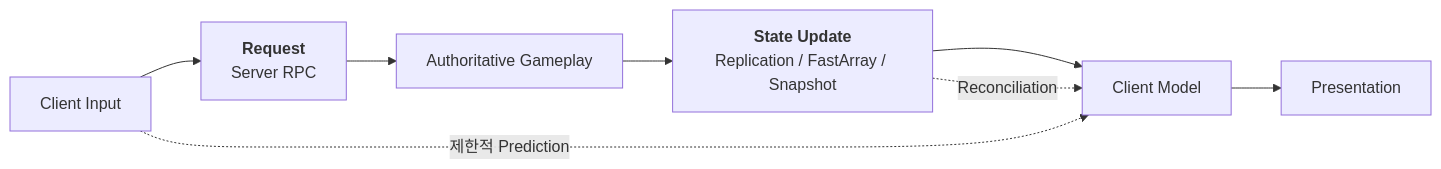
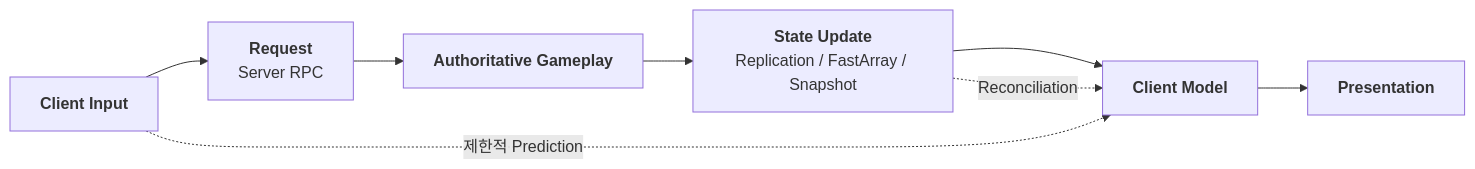
Before and after one commit to chungheonLee0325/Sonheim: the diagram in Doc/Wiki/12_Multiplayer_Synchronization.md, drawn with Mermaid.

Commit message:
docs: standardize mermaid node hierarchy

```diff
--- a/Doc/Wiki/12_Multiplayer_Synchronization.md
+++ b/Doc/Wiki/12_Multiplayer_Synchronization.md
@@ -17,18 +17,18 @@
 ~~~mermaid
 flowchart LR
-    INPUT["Client Input"]
+    INPUT["<b>Client Input</b>"]
     REQUEST["<b>Request</b><br/>Server RPC"]
-    AUTH["Authoritative Gameplay"]
+    AUTH["<b>Authoritative Gameplay</b>"]
     STATE["<b>State Update</b><br/>Replication / FastArray / Snapshot"]
-    LOCAL["Client Model"]
-    VIEW["Presentation"]
+    LOCAL["<b>Client Model</b>"]
+    VIEW["<b>Presentation</b>"]
 
     INPUT --> REQUEST
     REQUEST --> AUTH
     AUTH --> STATE
     STATE --> LOCAL
     LOCAL --> VIEW
 
     INPUT -. "제한적 Prediction" .-> LOCAL
     STATE -. "Reconciliation" .-> LOCAL
 ~~~
```
